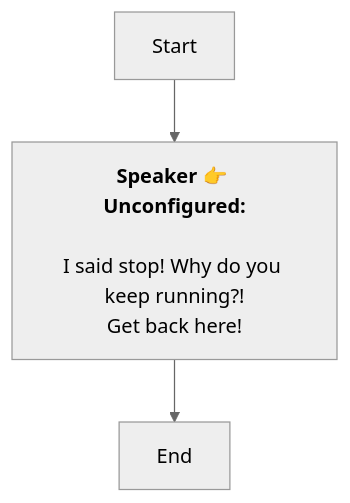
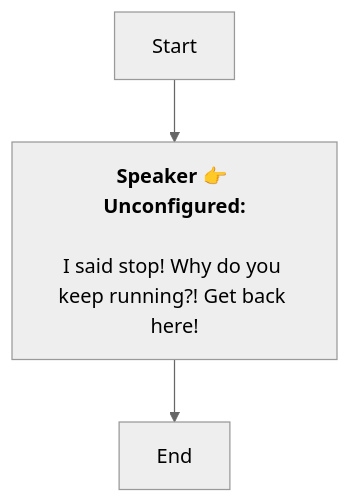
One commit to SoftHu/tos_avg changed the diagram in En/DemoTips_2.md. Above: the diagram before and after it, drawn with Mermaid (neutral theme). The commit also changed 199 other files, not shown here.

````diff
--- a/En/DemoTips_2.md
+++ b/En/DemoTips_2.md
@@ -1,9 +1,8 @@
 ```mermaid
 graph
 Start -->1731547181019230[<b>Speaker 👉 Unconfigured:</b>
 
-I said stop! Why do you keep running?!
-Get back here!]
+I said stop! Why do you keep running?! Get back here!]
 1731547181019230 -->1731547181019231[End]
 
  ```
````
